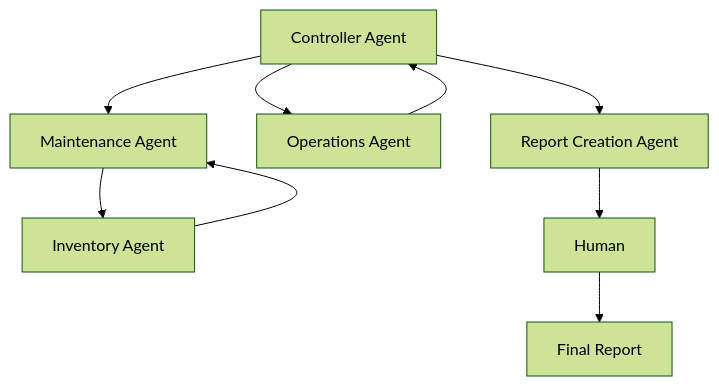
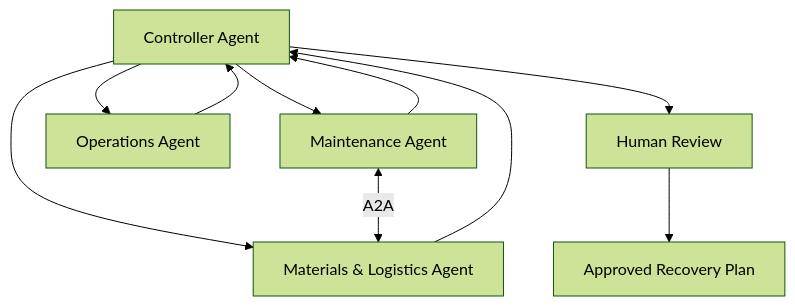
The first of 5 diagrams in docs/proposal.md (jguttikonda/fde_us03_cap), drawn with Mermaid (forest theme) before and after one commit. The commit also changed other lines of this file and 9 other files, not shown here.

````diff
--- a/docs/proposal.md
+++ b/docs/proposal.md
@@ -118,11 +133,12 @@
 ```mermaid
 flowchart TB
     Controller[Controller Agent] --> Maintenance[Maintenance Agent]
+    Controller --> ML[Materials & Logistics Agent]
     Controller --> Operations[Operations Agent]
-    Controller --> Report[Report Creation Agent]
-    Maintenance --> Inventory[Inventory Agent]
-    Inventory --> Maintenance
+    Maintenance <-->|A2A| ML
+    Maintenance --> Controller
+    ML --> Controller
     Operations --> Controller
-    Report --> Human[Human]
-    Human --> Final[Final Report]
+    Controller --> Human[Human Review]
+    Human --> Final[Approved Recovery Plan]
 ```
````
